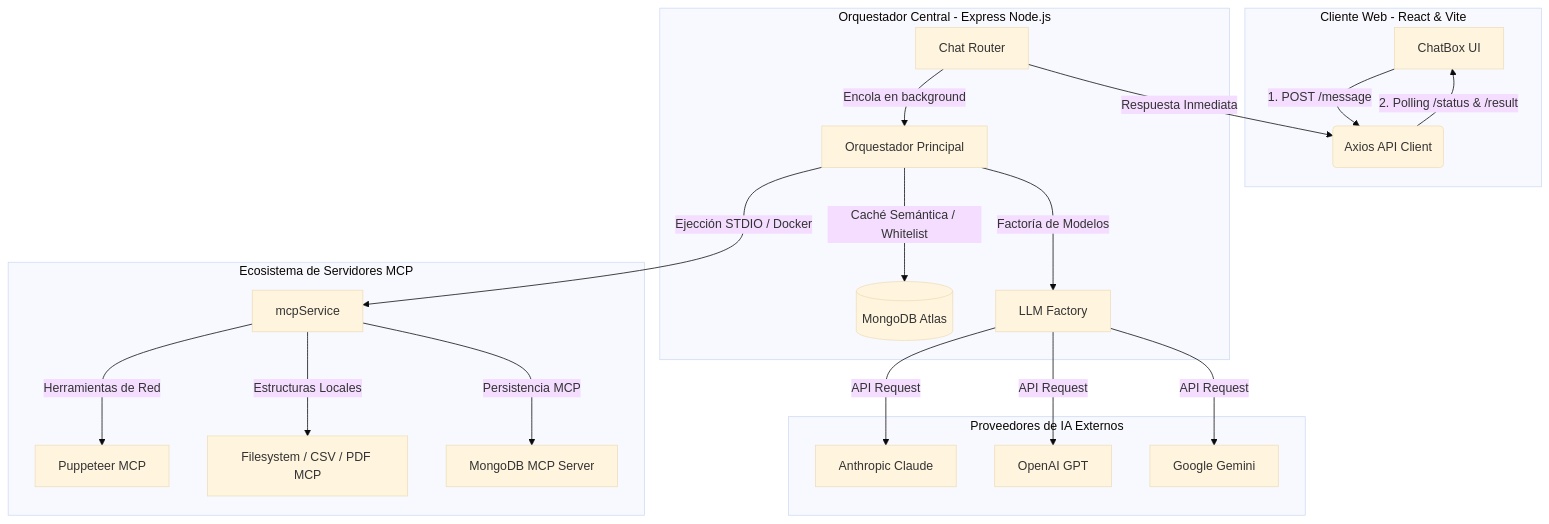
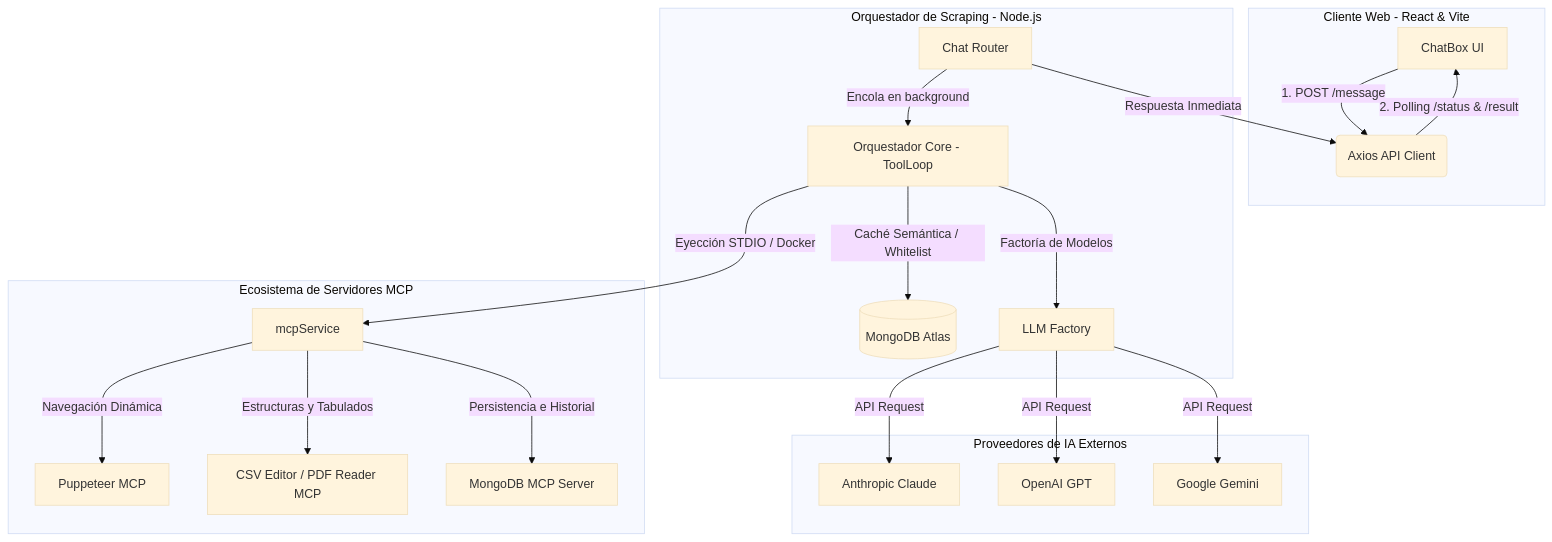
The first of 3 diagrams in README.md (Zastha/MCP-Web-Deployment), drawn with Mermaid (base theme) before and after one commit. The commit also changed other lines of this file and 1 other file, not shown here.

````diff
--- a/README.md
+++ b/README.md
@@ -13,27 +17,27 @@
 ```mermaid
 graph TD
     subgraph Frontend [Cliente Web - React & Vite]
         A[ChatBox UI] -->|1. POST /message| B(Axios API Client)
         B -->|2. Polling /status & /result| A
     end
 
-    subgraph Backend [Orquestador Central - Express Node.js]
-        C[Chat Router] -->|Encola en background| D[Orquestador Principal]
+    subgraph Backend [Orquestador de Scraping - Node.js]
+        C[Chat Router] -->|Encola en background| D[Orquestador Core - ToolLoop]
         C -->|Respuesta Inmediata| B
         D -->|Caché Semántica / Whitelist| E[(MongoDB Atlas)]
         D -->|Factoría de Modelos| F[LLM Factory]
     end
 
     subgraph LLM_Providers [Proveedores de IA Externos]
         F -->|API Request| G[Anthropic Claude]
         F -->|API Request| H[OpenAI GPT]
         F -->|API Request| I[Google Gemini]
     end
 
     subgraph MCP_Cluster [Ecosistema de Servidores MCP]
-        D -->|Ejección STDIO / Docker| J[mcpService]
-        J -->|Herramientas de Red| K[Puppeteer MCP]
-        J -->|Estructuras Locales| L[Filesystem / CSV / PDF MCP]
-        J -->|Persistencia MCP| M[MongoDB MCP Server]
+        D -->|Eyección STDIO / Docker| J[mcpService]
+        J -->|Navegación Dinámica| K[Puppeteer MCP]
+        J -->|Estructuras y Tabulados| L[CSV Editor / PDF Reader MCP]
+        J -->|Persistencia e Historial| M[MongoDB MCP Server]
     end
 ```
````
